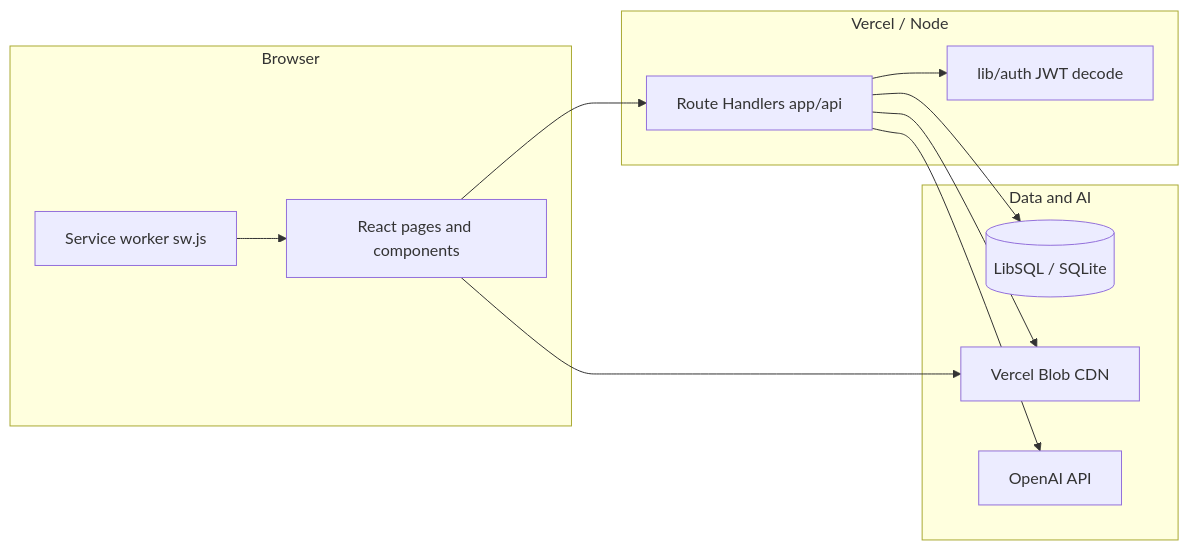
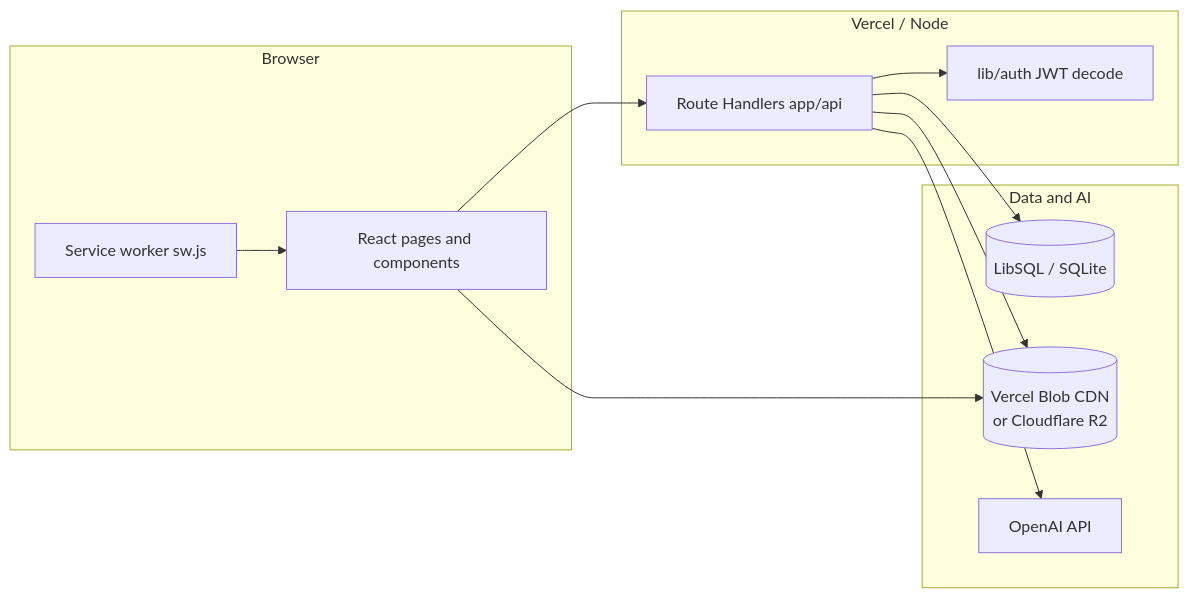
The first of 2 diagrams in docs/ARCHITECTURE.md (DragxnScale/idk), drawn with Mermaid before and after one commit. The commit also changed other lines of this file and 22 other files, not shown here.

First line of the commit message:
feat(storage): pluggable PDF backend (Vercel Blob + Cloudflare R2)

````diff
--- a/docs/ARCHITECTURE.md
+++ b/docs/ARCHITECTURE.md
@@ -11,23 +11,23 @@
 ```mermaid
 flowchart LR
   subgraph client [Browser]
     UI[React pages and components]
     SW[Service worker sw.js]
   end
   subgraph vercel [Vercel / Node]
     API[Route Handlers app/api]
     Auth[lib/auth JWT decode]
   end
   subgraph data [Data and AI]
     DB[(LibSQL / SQLite)]
-    Blob[Vercel Blob CDN]
+    Blob[(Vercel Blob CDN<br/>or Cloudflare R2)]
     OAI[OpenAI API]
   end
   UI --> API
   UI --> Blob
   API --> Auth
   API --> DB
   API --> Blob
   API --> OAI
   SW --> UI
 ```
````
